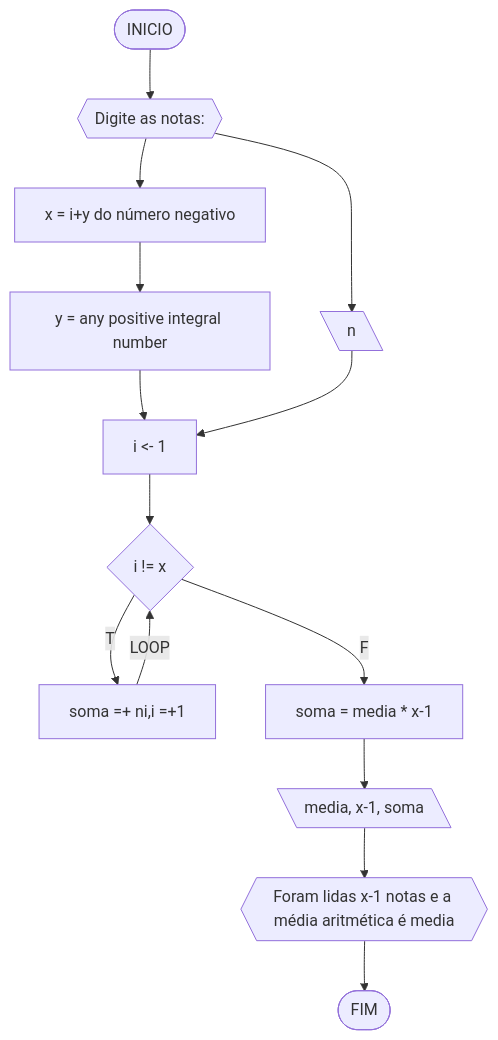
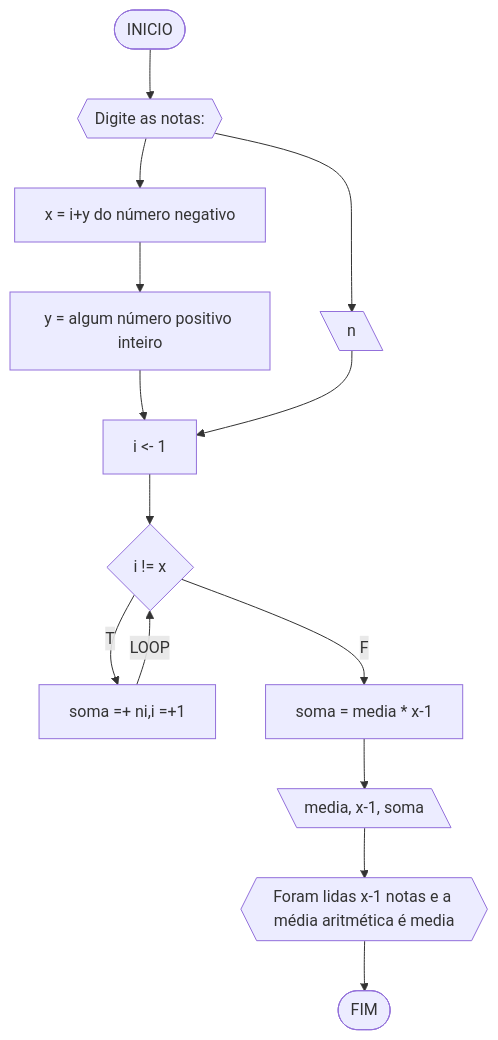
One commit to RochaFurada/unifor changed the sixth of 6 diagrams in RLA/unidade2/lista3.md. Above: the diagram before and after it, drawn with Mermaid.

````diff
--- a/RLA/unidade2/lista3.md
+++ b/RLA/unidade2/lista3.md
@@ -232,16 +232,16 @@
 ```mermaid
 flowchart TD
 A([INICIO]) --> B{{Digite as notas:}}
 B-->C[\n\]
 B-->X[ x = i+y do número negativo]
-X-->Z[ y = any positive integral number]
+X-->Z[ y = algum número positivo inteiro]
 Z-->D
 C-->D[i <- 1]
 D-->E{i != x}
 E--T-->H[soma =+ ni,i =+1]
 E--F-->G[ soma = media * x-1]
 H--LOOP-->E
 G-->M[\media, x-1, soma\]
 M-->N{{Foram lidas x-1 notas e a média aritmética é media}}
 N-->O([FIM])
 ```
````
